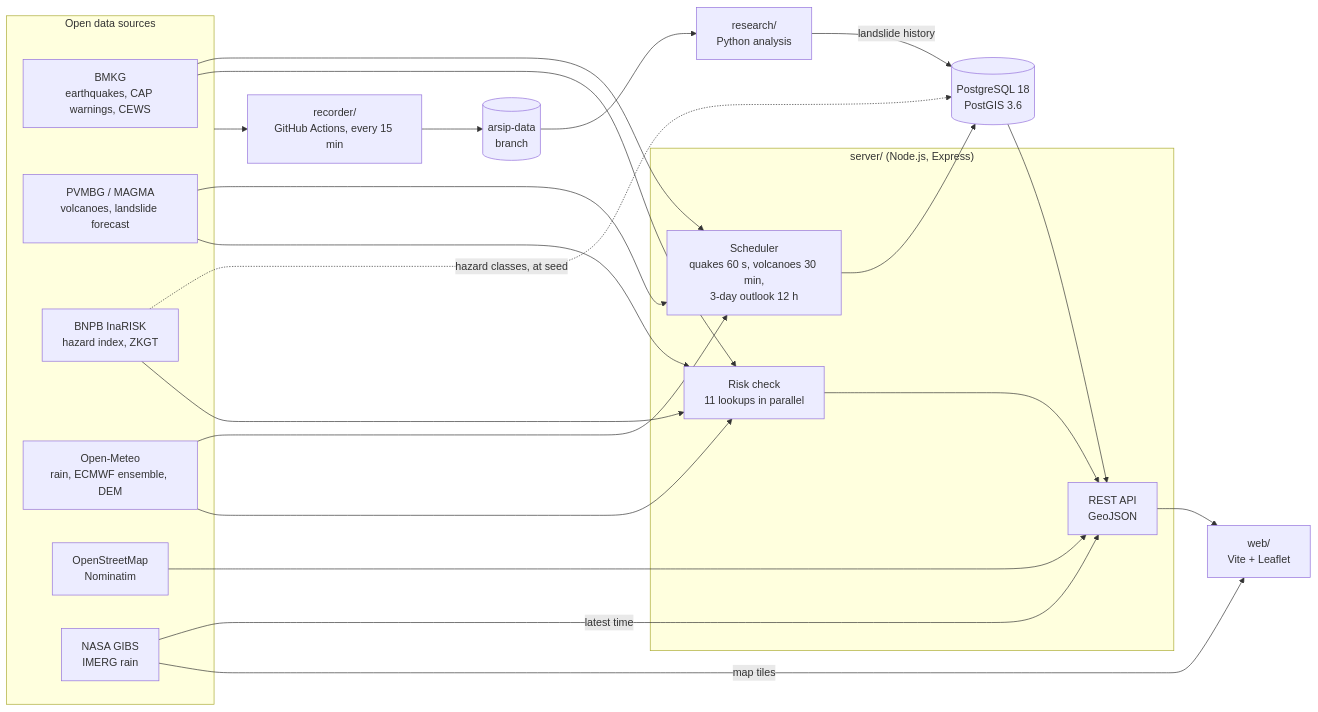
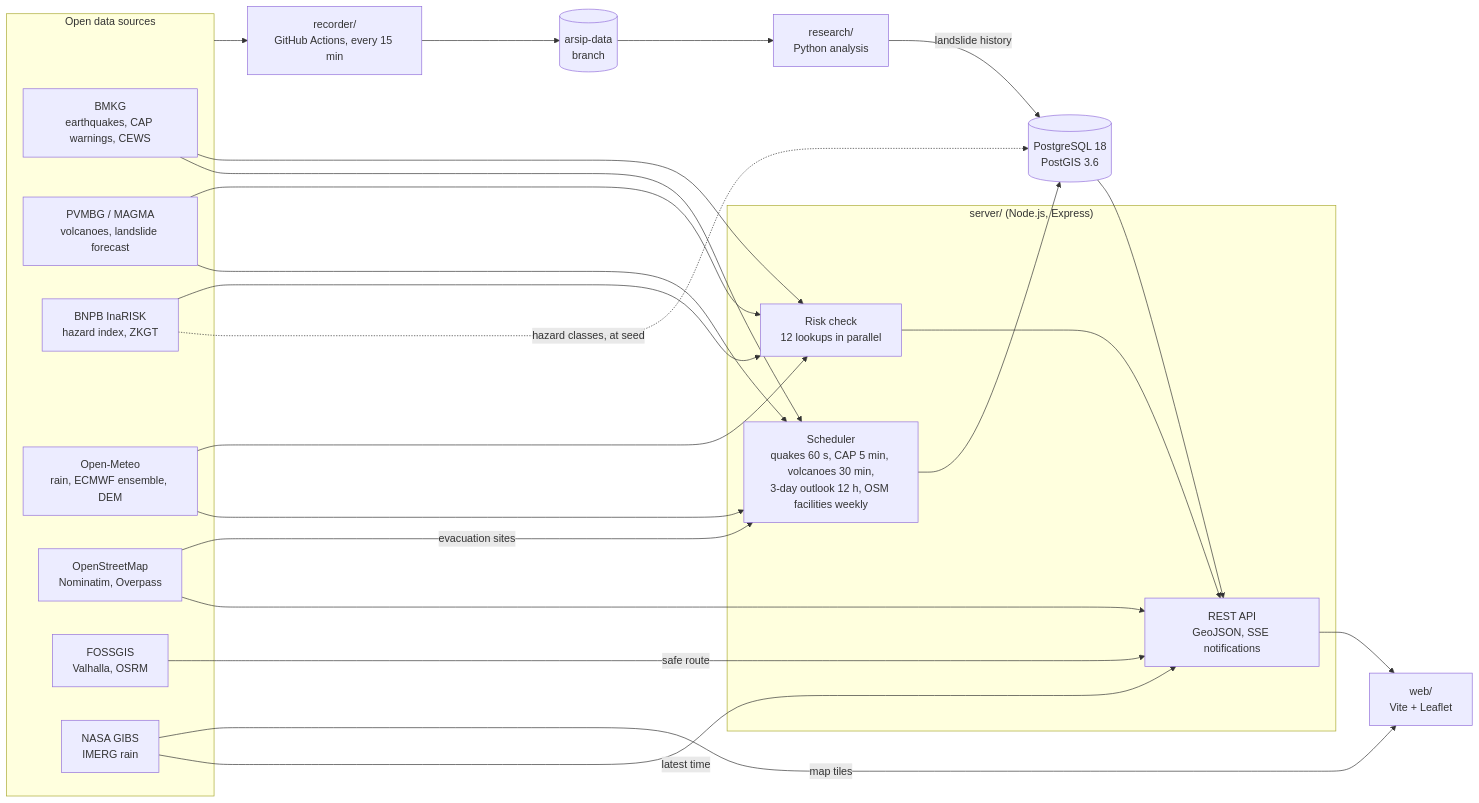
The first of 2 diagrams in README.md (Bintangilham10/webgis-bencana-alam), drawn with Mermaid before and after one commit. The commit also changed other lines of this file and 1 other file, not shown here.

First line of the commit message:
docs: describe CAP warnings, notifications, evacuation and safe routes

````diff
--- a/README.md
+++ b/README.md
@@ -152,43 +157,46 @@
 ```mermaid
 flowchart LR
   subgraph sources["Open data sources"]
     BMKG["BMKG<br/>earthquakes, CAP warnings, CEWS"]
     ESDM["PVMBG / MAGMA<br/>volcanoes, landslide forecast"]
     BNPB["BNPB InaRISK<br/>hazard index, ZKGT"]
     OM["Open-Meteo<br/>rain, ECMWF ensemble, DEM"]
-    OSMN["OpenStreetMap<br/>Nominatim"]
+    OSMN["OpenStreetMap<br/>Nominatim, Overpass"]
+    ROUTING["FOSSGIS<br/>Valhalla, OSRM"]
     NASA["NASA GIBS<br/>IMERG rain"]
   end
 
   subgraph server["server/ (Node.js, Express)"]
-    SYNC["Scheduler<br/>quakes 60 s, volcanoes 30 min,<br/>3-day outlook 12 h"]
-    API["REST API<br/>GeoJSON"]
-    RISK["Risk check<br/>11 lookups in parallel"]
+    SYNC["Scheduler<br/>quakes 60 s, CAP 5 min, volcanoes 30 min,<br/>3-day outlook 12 h, OSM facilities weekly"]
+    API["REST API<br/>GeoJSON, SSE notifications"]
+    RISK["Risk check<br/>12 lookups in parallel"]
   end
 
   DB[("PostgreSQL 18<br/>PostGIS 3.6")]
   WEB["web/<br/>Vite + Leaflet"]
   REC["recorder/<br/>GitHub Actions, every 15 min"]
   ARCH[("arsip-data<br/>branch")]
   RES["research/<br/>Python analysis"]
 
   BMKG --> SYNC
   ESDM --> SYNC
   OM --> SYNC
   BNPB -. hazard classes, at seed .-> DB
   SYNC --> DB
   DB --> API
   BNPB --> RISK
   OM --> RISK
   ESDM --> RISK
   BMKG --> RISK
   RISK --> API
   OSMN --> API
+  OSMN -->|evacuation sites| SYNC
+  ROUTING -->|safe route| API
   NASA -->|latest time| API
   NASA -->|map tiles| WEB
   API --> WEB
   sources --> REC
   REC --> ARCH
   ARCH --> RES
   RES -->|landslide history| DB
 ```
````
